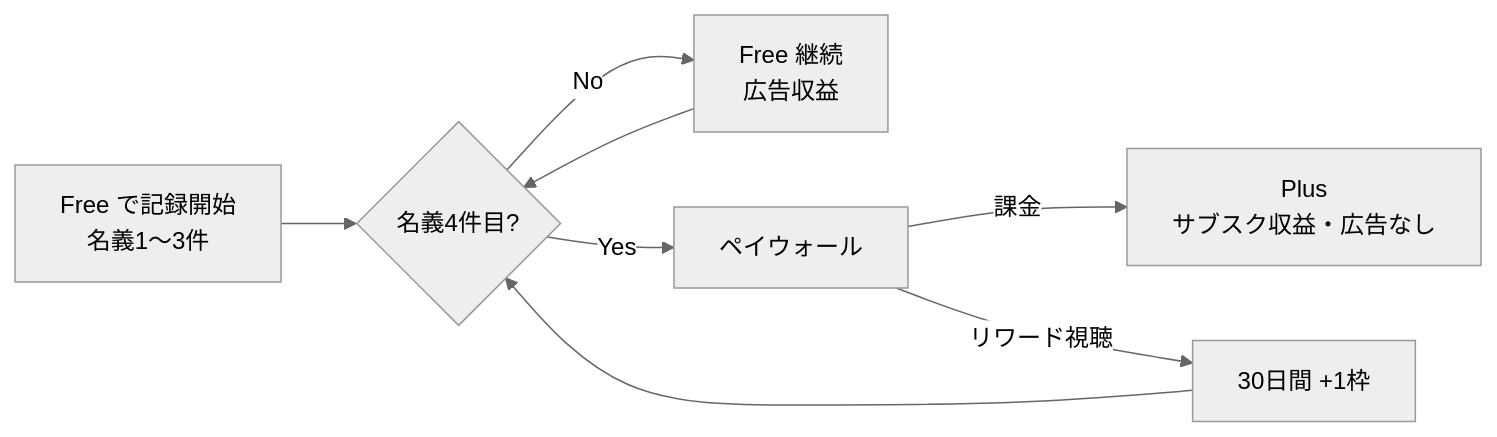
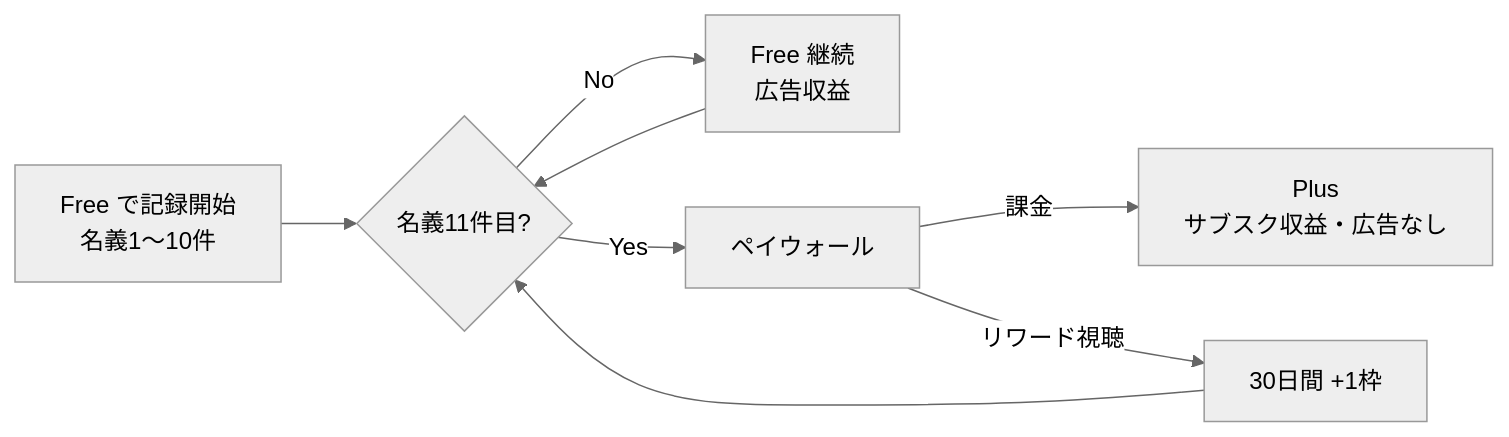
One commit to yumori59/otakuApp changed the first of 2 diagrams in docs/07-monetization.md. Above: the diagram before and after it, drawn with Mermaid (neutral theme). The commit also changed other lines of this file and 12 other files, not shown here.

````diff
--- a/docs/07-monetization.md
+++ b/docs/07-monetization.md
@@ -24,9 +24,9 @@
 ```mermaid
 flowchart LR
-    B[Free で記録開始<br/>名義1〜3件] --> C{名義4件目?}
+    B[Free で記録開始<br/>名義1〜10件] --> C{名義11件目?}
     C -- No --> D[Free 継続<br/>広告収益]
     C -- Yes --> E[ペイウォール]
     E -- 課金 --> F[Plus<br/>サブスク収益・広告なし]
     E -- リワード視聴 --> G[30日間 +1枠] --> C
     D --> C
 ```
````
